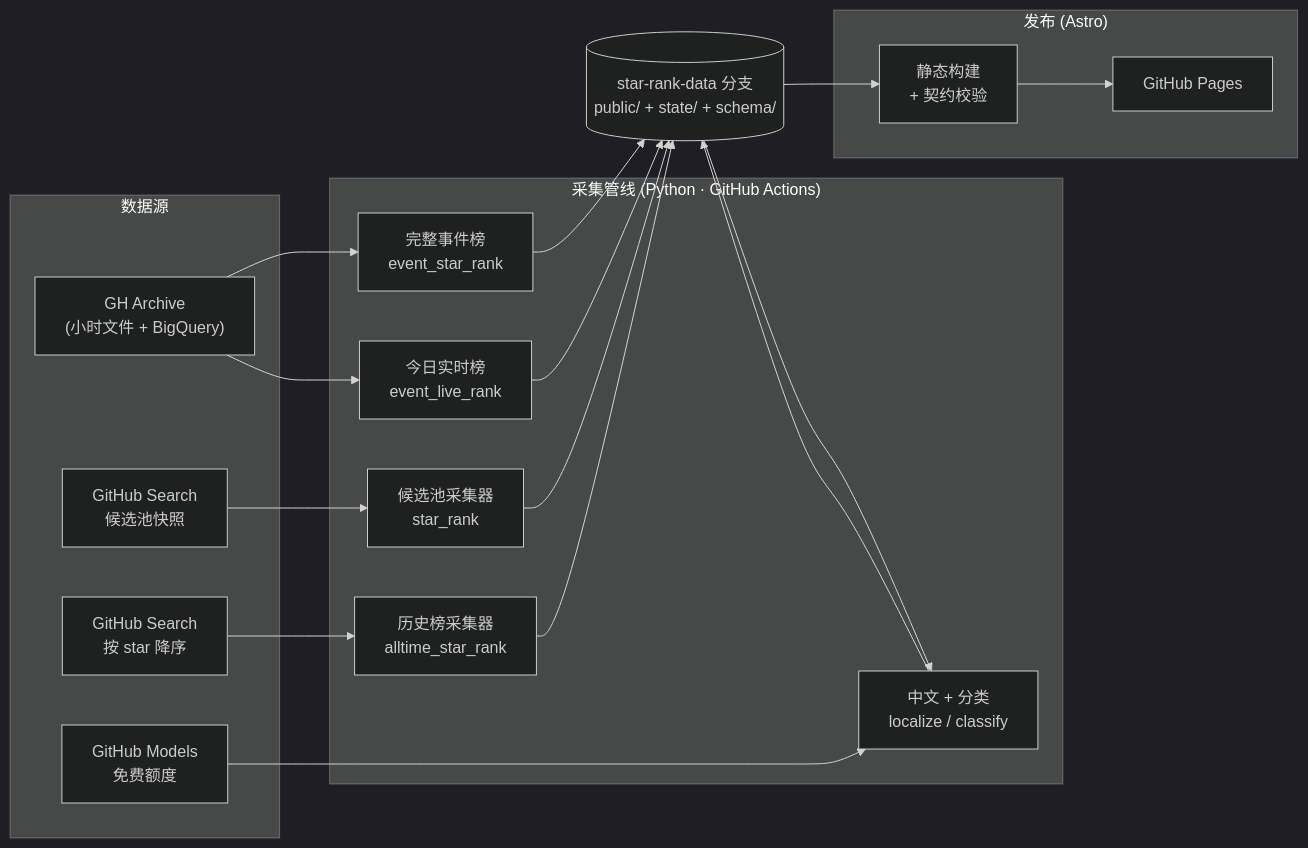
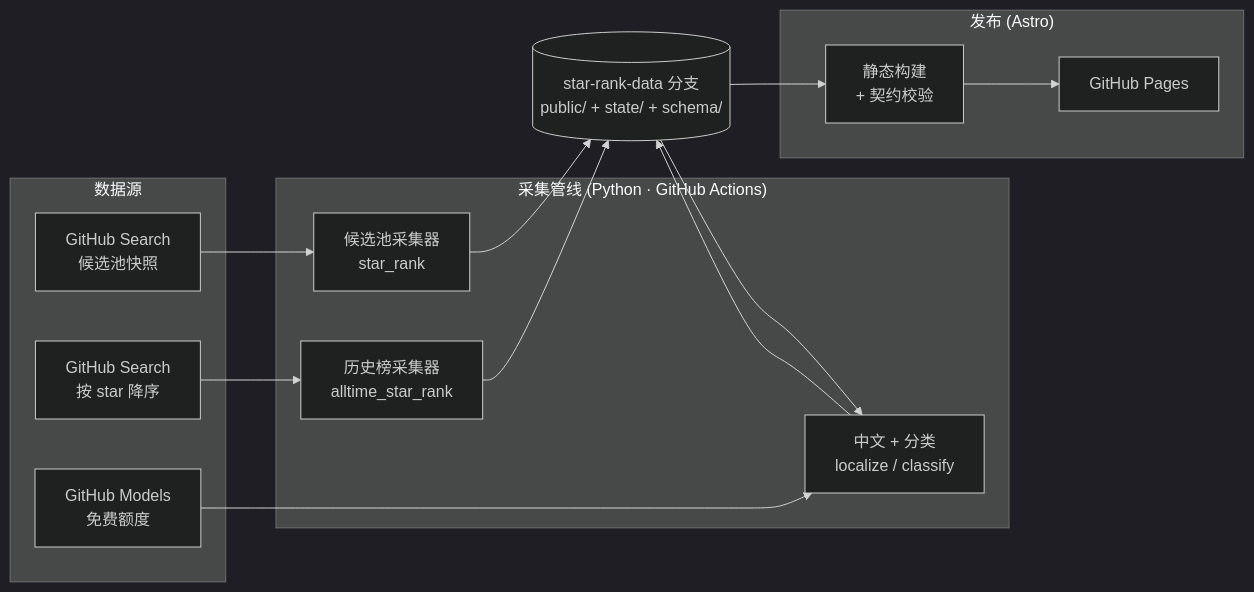
One commit to 728792899-create/open-source-star-rank changed the first of 2 diagrams in README.md. Above: the diagram before and after it, drawn with Mermaid (dark theme). The commit also changed other lines of this file and 27 other files, not shown here.

````diff
--- a/README.md
+++ b/README.md
@@ -66,32 +61,27 @@
 ```mermaid
 flowchart LR
     subgraph 数据源
-        GHA["GH Archive<br/>(小时文件 + BigQuery)"]
         SNAP["GitHub Search<br/>候选池快照"]
         STAR["GitHub Search<br/>按 star 降序"]
         MODELS["GitHub Models<br/>免费额度"]
     end
 
     subgraph 采集管线["采集管线 (Python · GitHub Actions)"]
-        E["完整事件榜<br/>event_star_rank"]
-        LIVE["今日实时榜<br/>event_live_rank"]
         C["候选池采集器<br/>star_rank"]
         A["历史榜采集器<br/>alltime_star_rank"]
         L["中文 + 分类<br/>localize / classify"]
     end
 
     DATA[("star-rank-data 分支<br/>public/ + state/ + schema/")]
 
     subgraph 发布["发布 (Astro)"]
         BUILD["静态构建<br/>+ 契约校验"]
         PAGES["GitHub Pages"]
     end
 
-    GHA --> E --> DATA
-    GHA --> LIVE --> DATA
     SNAP --> C --> DATA
     STAR --> A --> DATA
     DATA --> L
     MODELS --> L --> DATA
     DATA --> BUILD --> PAGES
 ```
````
